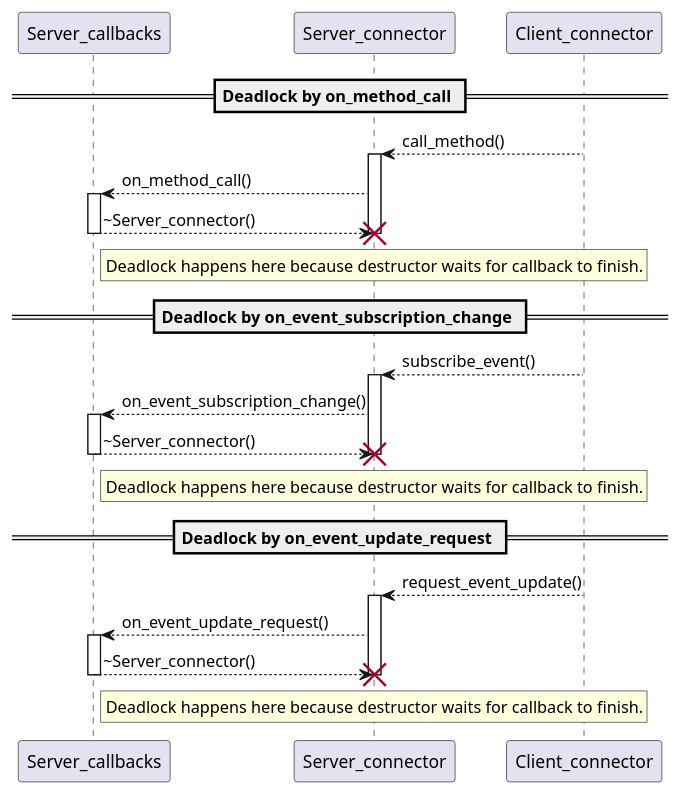
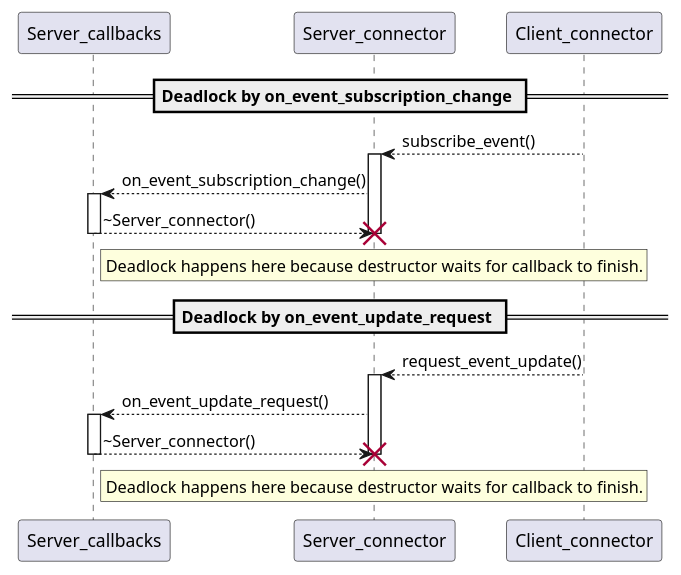
The diagram in score/socom/docs/design/models/interaction_diagram_server_connector_deadlocks.puml (eclipse-score/inc_someip_gateway), drawn with PlantUML before and after one commit. The commit also changed 63 other files, not shown here.

First line of the commit message:
feat(socom)!: remove unused method call, serializer, and config support

```diff
--- a/score/socom/docs/design/models/interaction_diagram_server_connector_deadlocks.puml
+++ b/score/socom/docs/design/models/interaction_diagram_server_connector_deadlocks.puml
@@ -14,57 +14,40 @@
 @startuml
 participant Server_callbacks
 participant Server_connector
 participant Client_connector
 
-' Method_call_callback on_method_call;
 ' Event_subscription_change_callback on_event_subscription_change;
 ' Event_request_update_callback on_event_update_request;
-
-== Deadlock by on_method_call ==
-
-Client_connector --> Server_connector: call_method()
-activate Server_connector
-
-Server_connector --> Server_callbacks: on_method_call()
-activate Server_callbacks
-
-Server_callbacks --> Server_connector: ~Server_connector()
-destroy Server_connector
-deactivate Server_callbacks
-
-rnote over Server_connector
- Deadlock happens here because destructor waits for callback to finish.
-endrnote
 
 == Deadlock by on_event_subscription_change ==
 
 Client_connector --> Server_connector: subscribe_event()
 activate Server_connector
 
 Server_connector --> Server_callbacks: on_event_subscription_change()
 activate Server_callbacks
 
 Server_callbacks --> Server_connector: ~Server_connector()
 destroy Server_connector
 deactivate Server_callbacks
 
 rnote over Server_connector
  Deadlock happens here because destructor waits for callback to finish.
 endrnote
 
 == Deadlock by on_event_update_request ==
 
 Client_connector --> Server_connector: request_event_update()
 activate Server_connector
 
 Server_connector --> Server_callbacks: on_event_update_request()
 activate Server_callbacks
 
 Server_callbacks --> Server_connector: ~Server_connector()
 destroy Server_connector
 deactivate Server_callbacks
 
 rnote over Server_connector
  Deadlock happens here because destructor waits for callback to finish.
 endrnote
 @enduml
```
